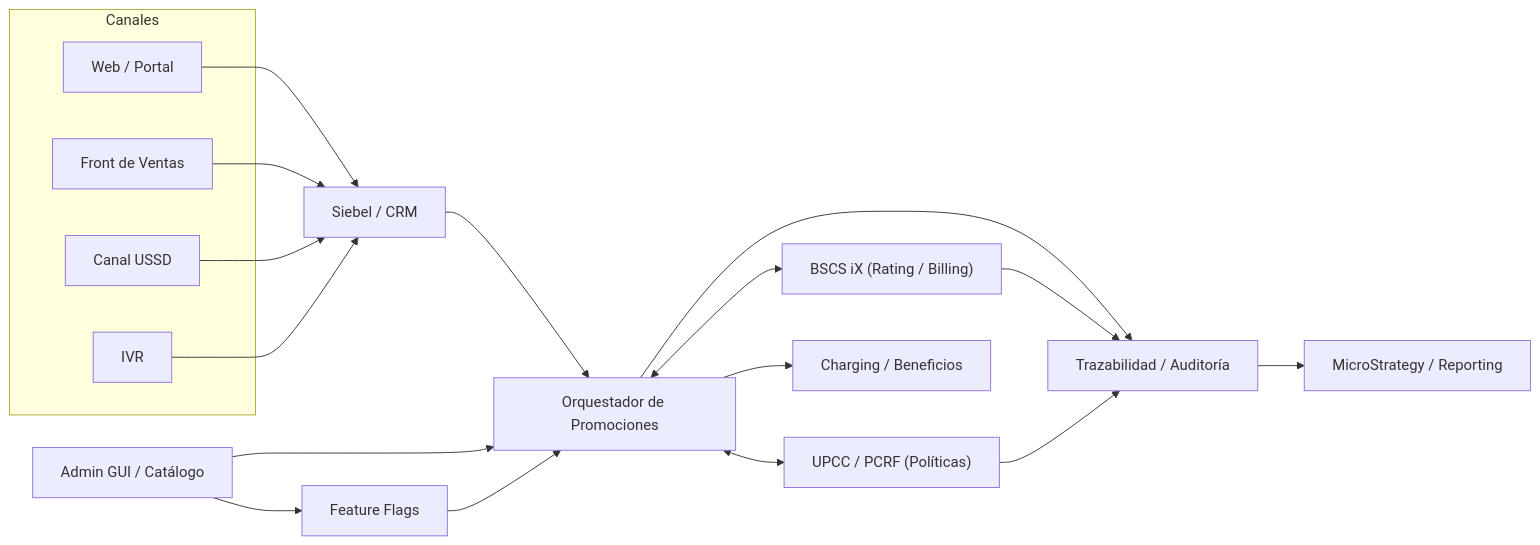
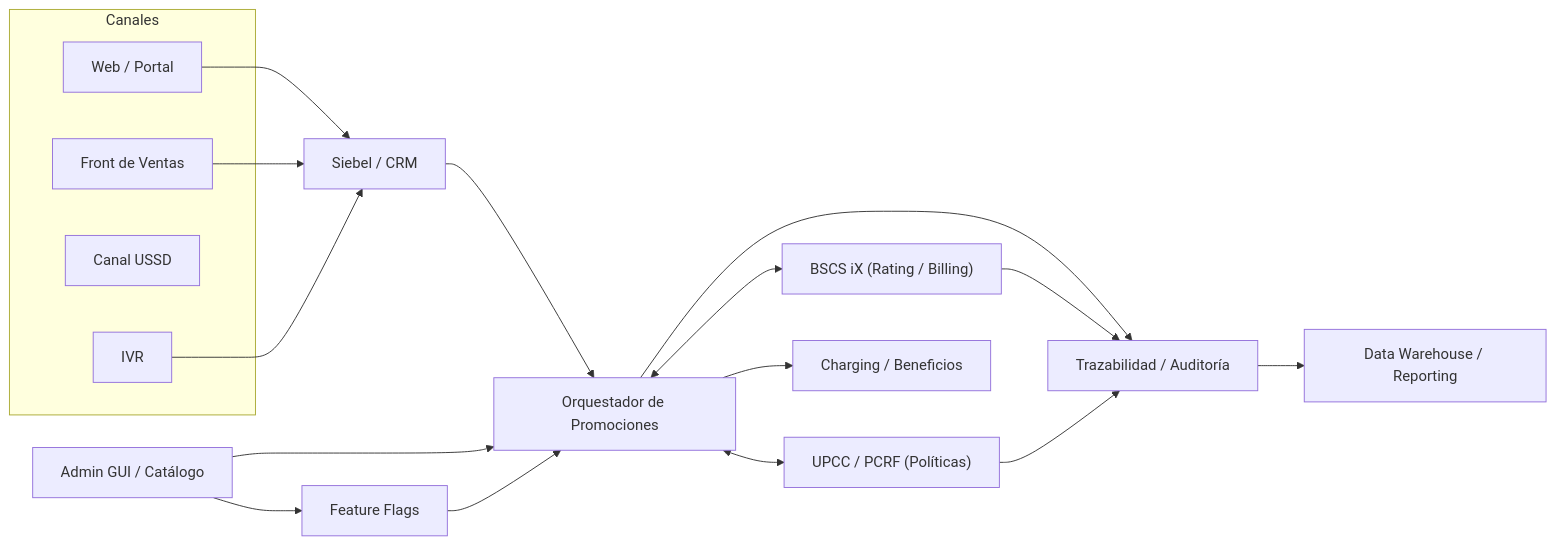
One commit to SalomonOctavio/Modulo-promociones changed the diagram in diagrams/contexto-sistemas.mmd. Above: the diagram before and after it, drawn with Mermaid.

Commit message:
refactor(diagrams): elimina nodo USSD y reemplaza MicroStrategy por Data Warehouse

```diff
--- a/diagrams/contexto-sistemas.mmd
+++ b/diagrams/contexto-sistemas.mmd
@@ -1,46 +1,45 @@
 %% Contexto de sistemas — Módulo de Promociones (TELCO)
 
 graph LR
 
   %% Canales
   subgraph "Canales"
     WEB["Web / Portal"]
     FRONT["Front de Ventas"]
     USSD["Canal USSD"]
     IVR["IVR"]
   end
 
   %% Core
   CRM["Siebel / CRM"]
   BSCS["BSCS iX (Rating / Billing)"]
   PCRF["UPCC / PCRF (Políticas)"]
   ORQ["Orquestador de Promociones"]
   CHG["Charging / Beneficios"]
   LOG["Trazabilidad / Auditoría"]
-  MSTR["MicroStrategy / Reporting"]
+  MSTR["Data Warehouse / Reporting"]
 
   %% Admin (futuro)
   GUI["Admin GUI / Catálogo"]
   FLAGS["Feature Flags"]
 
   %% Flujos principales
   WEB --> CRM
   FRONT --> CRM
-  USSD --> CRM
   IVR --> CRM
 
   CRM --> ORQ
   ORQ <--> BSCS
   ORQ <--> PCRF
   ORQ --> CHG
 
   %% Trazabilidad y KPIs
   ORQ --> LOG
   BSCS --> LOG
   PCRF --> LOG
   LOG --> MSTR
 
   %% Gestión
   GUI --> ORQ
   GUI --> FLAGS
   FLAGS --> ORQ
```
